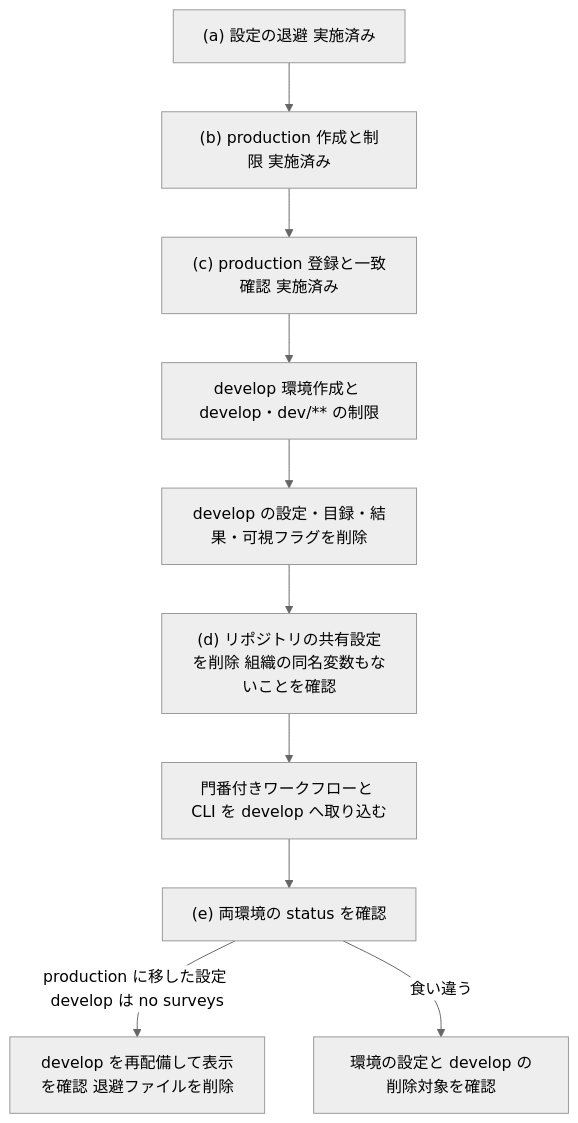
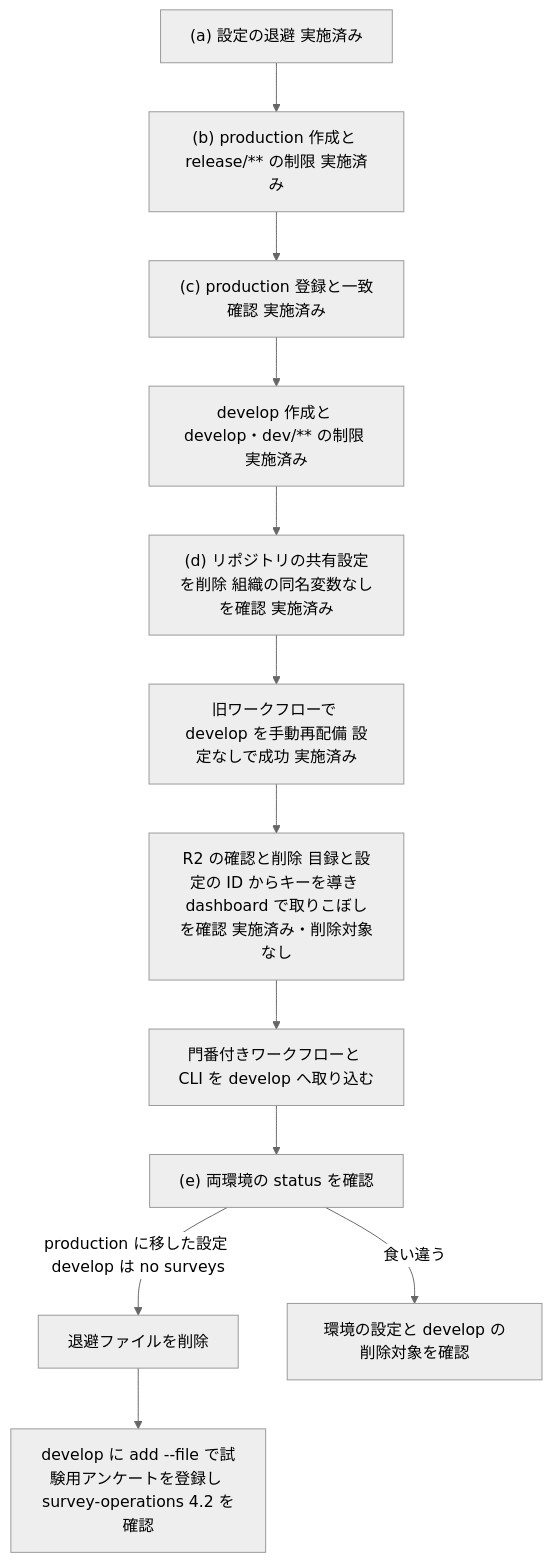
One commit to nekono-dev/skyshare changed the fourth of 4 diagrams in .kiro/specs/survey-env-config/design.md. Above: the diagram before and after it, drawn with Mermaid (neutral theme). The commit also changed other lines of this file and 2 other files, not shown here.

Commit message:
survey-env-config: 2 回目の設計検証の指摘を反映（門番・移行順序・ログの記述ほか）

````diff
--- a/.kiro/specs/survey-env-config/design.md
+++ b/.kiro/specs/survey-env-config/design.md
@@ -556,12 +558,14 @@
 ```mermaid
 flowchart TD
-  A["(a) 設定の退避 実施済み"] --> B["(b) production 作成と制限 実施済み"]
+  A["(a) 設定の退避 実施済み"] --> B["(b) production 作成と release/** の制限 実施済み"]
   B --> C["(c) production 登録と一致確認 実施済み"]
-  C --> Dev["develop 環境作成と develop・dev/** の制限"]
-  Dev --> Clear["develop の設定・目録・結果・可視フラグを削除"]
-  Clear --> D["(d) リポジトリの共有設定を削除 組織の同名変数もないことを確認"]
-  D --> Merge["門番付きワークフローと CLI を develop へ取り込む"]
+  C --> Dev["develop 作成と develop・dev/** の制限 実施済み"]
+  Dev --> D["(d) リポジトリの共有設定を削除 組織の同名変数なしを確認 実施済み"]
+  D --> Redeploy["旧ワークフローで develop を手動再配備 設定なしで成功 実施済み"]
+  Redeploy --> Clear["R2 の確認と削除 目録と設定の ID からキーを導き dashboard で取りこぼしを確認 実施済み・削除対象なし"]
+  Clear --> Merge["門番付きワークフローと CLI を develop へ取り込む"]
   Merge --> E["(e) 両環境の status を確認"]
-  E -- "production に移した設定 develop は no surveys" --> Done["develop を再配備して表示を確認 退避ファイルを削除"]
+  E -- "production に移した設定 develop は no surveys" --> Done["退避ファイルを削除"]
   E -- "食い違う" --> Fix["環境の設定と develop の削除対象を確認"]
+  Done --> Sample["develop に add --file で試験用アンケートを登録し survey-operations 4.2 を確認"]
 ```
````
